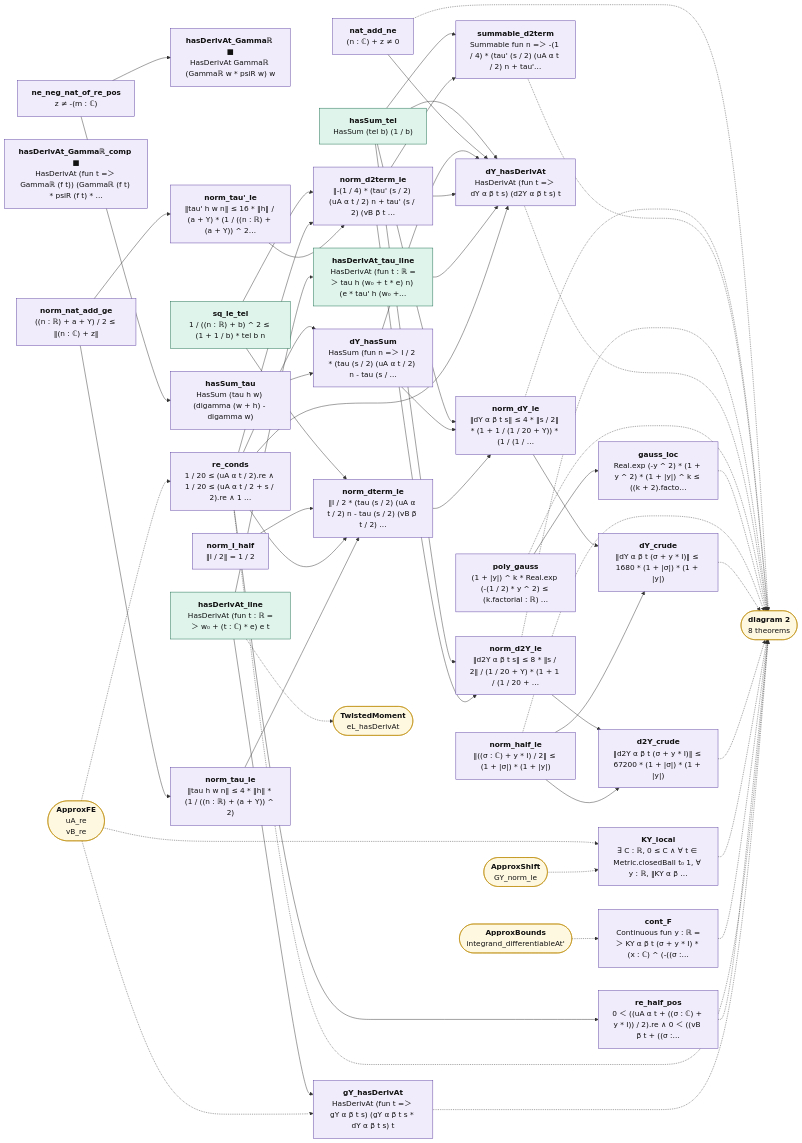
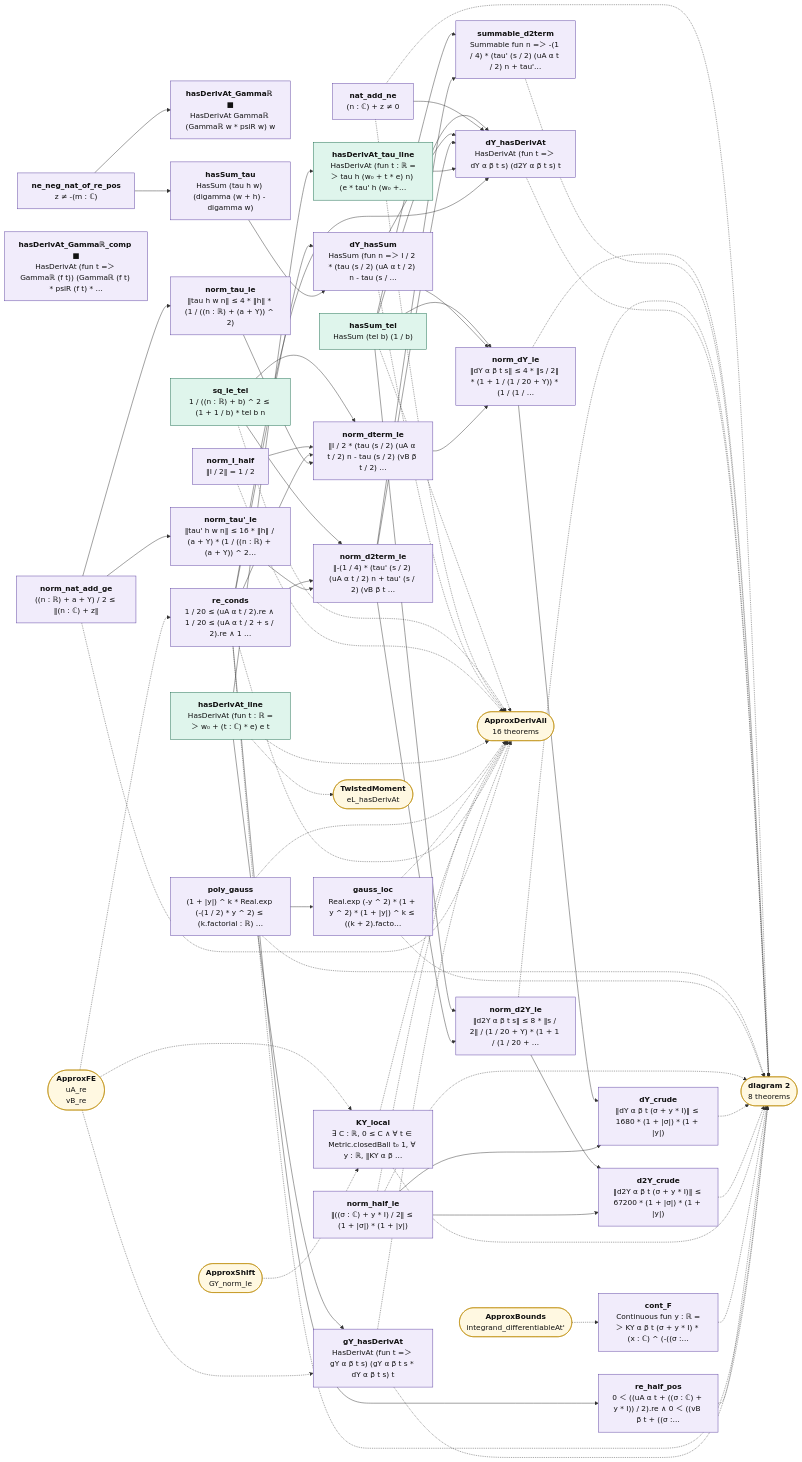
One commit to juliansambranojr/Primebeat_081426 changed the diagram in map/lean_stage3/ApproxDeriv.1.mmd. Above: the diagram before and after it, drawn with Mermaid. The commit also changed 25 other files, not shown here.

```diff
--- a/map/lean_stage3/ApproxDeriv.1.mmd
+++ b/map/lean_stage3/ApproxDeriv.1.mmd
@@ -1,99 +1,113 @@
 flowchart LR
   n0["<b>ne_neg_nat_of_re_pos</b><br/>z ≠ -(m : ℂ)"]:::shp
   n1["<b>hasDerivAt_Gammaℝ ■</b><br/>HasDerivAt Gammaℝ (Gammaℝ w * psiR w) w"]:::shp
   n2["<b>hasDerivAt_line</b><br/>HasDerivAt (fun t : ℝ =＞ w₀ + (t : ℂ) * e) e t"]:::cnt
   n3["<b>hasDerivAt_Gammaℝ_comp ■</b><br/>HasDerivAt (fun t =＞ Gammaℝ (f t)) (Gammaℝ (f t) * psiR (f t) * …"]:::shp
   n4["<b>re_conds</b><br/>1 / 20 ≤ (uA α t / 2).re ∧ 1 / 20 ≤ (uA α t / 2 + s / 2).re ∧ 1 …"]:::shp
   n5["<b>gY_hasDerivAt</b><br/>HasDerivAt (fun t =＞ gY α β t s) (gY α β t s * dY α β t s) t"]:::shp
   n6["<b>hasSum_tau</b><br/>HasSum (tau h w) (digamma (w + h) - digamma w)"]:::shp
   n7["<b>norm_nat_add_ge</b><br/>((n : ℝ) + a + Y) / 2 ≤ ‖(n : ℂ) + z‖"]:::shp
   n8["<b>norm_tau_le</b><br/>‖tau h w n‖ ≤ 4 * ‖h‖ * (1 / ((n : ℝ) + (a + Y)) ^ 2)"]:::shp
   n9["<b>norm_tau'_le</b><br/>‖tau' h w n‖ ≤ 16 * ‖h‖ / (a + Y) * (1 / ((n : ℝ) + (a + Y)) ^ 2…"]:::shp
   n10["<b>hasSum_tel</b><br/>HasSum (tel b) (1 / b)"]:::cnt
   n11["<b>sq_le_tel</b><br/>1 / ((n : ℝ) + b) ^ 2 ≤ (1 + 1 / b) * tel b n"]:::cnt
   n12["<b>nat_add_ne</b><br/>(n : ℂ) + z ≠ 0"]:::shp
   n13["<b>dY_hasSum</b><br/>HasSum (fun n =＞ I / 2 * (tau (s / 2) (uA α t / 2) n - tau (s / …"]:::shp
   n14["<b>norm_I_half</b><br/>‖I / 2‖ = 1 / 2"]:::shp
   n15["<b>norm_dterm_le</b><br/>‖I / 2 * (tau (s / 2) (uA α t / 2) n - tau (s / 2) (vB β t / 2) …"]:::shp
   n16["<b>norm_dY_le</b><br/>‖dY α β t s‖ ≤ 4 * ‖s / 2‖ * (1 + 1 / (1 / 20 + Y)) * (1 / (1 / …"]:::shp
   n17["<b>norm_d2term_le</b><br/>‖-(1 / 4) * (tau' (s / 2) (uA α t / 2) n + tau' (s / 2) (vB β t …"]:::shp
   n18["<b>summable_d2term</b><br/>Summable fun n =＞ -(1 / 4) * (tau' (s / 2) (uA α t / 2) n + tau'…"]:::shp
   n19["<b>norm_d2Y_le</b><br/>‖d2Y α β t s‖ ≤ 8 * ‖s / 2‖ / (1 / 20 + Y) * (1 + 1 / (1 / 20 + …"]:::shp
   n20["<b>hasDerivAt_tau_line</b><br/>HasDerivAt (fun t : ℝ =＞ tau h (w₀ + t * e) n) (e * tau' h (w₀ +…"]:::cnt
   n21["<b>dY_hasDerivAt</b><br/>HasDerivAt (fun t =＞ dY α β t s) (d2Y α β t s) t"]:::shp
   n22["<b>poly_gauss</b><br/>(1 + |y|) ^ k * Real.exp (-(1 / 2) * y ^ 2) ≤ (k.factorial : ℝ) …"]:::shp
   n23["<b>gauss_loc</b><br/>Real.exp (-y ^ 2) * (1 + y ^ 2) * (1 + |y|) ^ k ≤ ((k + 2).facto…"]:::shp
   n24["<b>norm_half_le</b><br/>‖((σ : ℂ) + y * I) / 2‖ ≤ (1 + |σ|) * (1 + |y|)"]:::shp
   n25["<b>dY_crude</b><br/>‖dY α β t (σ + y * I)‖ ≤ 1680 * (1 + |σ|) * (1 + |y|)"]:::shp
   n26["<b>d2Y_crude</b><br/>‖d2Y α β t (σ + y * I)‖ ≤ 67200 * (1 + |σ|) * (1 + |y|)"]:::shp
   n27["<b>KY_local</b><br/>∃ C : ℝ, 0 ≤ C ∧ ∀ t ∈ Metric.closedBall t₀ 1, ∀ y : ℝ, ‖KY α β …"]:::shp
   n28["<b>cont_F</b><br/>Continuous fun y : ℝ =＞ KY α β t (σ + y * I) * (x : ℂ) ^ (-((σ :…"]:::shp
   n29["<b>re_half_pos</b><br/>0 ＜ ((uA α t + ((σ : ℂ) + y * I)) / 2).re ∧ 0 ＜ ((vB β t + ((σ :…"]:::shp
-  x0(["<b>TwistedMoment</b><br/>eL_hasDerivAt"]):::ext
-  x1(["<b>ApproxFE</b><br/>uA_re<br/>vB_re"]):::ext
-  x2(["<b>diagram 2</b><br/>8 theorems"]):::ext
-  x3(["<b>ApproxShift</b><br/>GY_norm_le"]):::ext
-  x4(["<b>ApproxBounds</b><br/>integrand_differentiableAt'"]):::ext
+  x0(["<b>ApproxDerivAll</b><br/>16 theorems"]):::ext
+  x1(["<b>TwistedMoment</b><br/>eL_hasDerivAt"]):::ext
+  x2(["<b>ApproxFE</b><br/>uA_re<br/>vB_re"]):::ext
+  x3(["<b>diagram 2</b><br/>8 theorems"]):::ext
+  x4(["<b>ApproxShift</b><br/>GY_norm_le"]):::ext
+  x5(["<b>ApproxBounds</b><br/>integrand_differentiableAt'"]):::ext
   n0 --> n1
   n0 --> n6
   n10 --> n16
   n10 --> n18
   n10 --> n19
   n10 --> n21
   n11 --> n15
   n11 --> n17
   n12 --> n21
   n13 --> n16
   n13 --> n21
   n14 --> n15
   n15 --> n16
   n16 --> n25
   n17 --> n18
   n17 --> n19
   n17 --> n21
   n19 --> n26
   n2 --> n20
   n2 --> n5
   n20 --> n21
   n22 --> n23
   n24 --> n25
   n24 --> n26
   n4 --> n13
   n4 --> n15
   n4 --> n17
   n4 --> n21
   n4 --> n29
   n6 --> n13
   n7 --> n8
   n7 --> n9
   n8 --> n15
   n9 --> n17
-  n12 -.-> x2
-  n16 -.-> x2
-  n18 -.-> x2
-  n19 -.-> x2
+  n10 -.-> x0
+  n11 -.-> x0
+  n12 -.-> x0
+  n12 -.-> x3
+  n13 -.-> x0
+  n14 -.-> x0
+  n16 -.-> x3
+  n18 -.-> x3
+  n19 -.-> x3
   n2 -.-> x0
-  n21 -.-> x2
-  n22 -.-> x2
-  n23 -.-> x2
-  n24 -.-> x2
-  n25 -.-> x2
-  n26 -.-> x2
-  n27 -.-> x2
-  n28 -.-> x2
-  n29 -.-> x2
-  n4 -.-> x2
-  n5 -.-> x2
-  x1 -.-> n27
-  x1 -.-> n4
-  x1 -.-> n5
-  x3 -.-> n27
-  x4 -.-> n28
+  n2 -.-> x1
+  n21 -.-> x3
+  n22 -.-> x0
+  n22 -.-> x3
+  n23 -.-> x0
+  n23 -.-> x3
+  n24 -.-> x0
+  n24 -.-> x3
+  n25 -.-> x3
+  n26 -.-> x3
+  n27 -.-> x0
+  n27 -.-> x3
+  n28 -.-> x3
+  n29 -.-> x3
+  n4 -.-> x0
+  n4 -.-> x3
+  n5 -.-> x0
+  n5 -.-> x3
+  n7 -.-> x0
+  x2 -.-> n27
+  x2 -.-> n4
+  x2 -.-> n5
+  x4 -.-> n27
+  x5 -.-> n28
   classDef cnt fill:#dff5ec,stroke:#17694a,color:#111
   classDef shp fill:#f1ecfb,stroke:#5b3fa0,color:#111
   classDef rh fill:#ffe5e5,stroke:#c22,color:#111,stroke-width:2px
   classDef thm fill:#eef4ff,stroke:#335,color:#111
   classDef end_ fill:#e7f7e7,stroke:#2a7,color:#111,stroke-width:2px
   classDef lone fill:#fff,stroke:#999,color:#111,stroke-dasharray:4 3
   classDef bad fill:#ffe5e5,stroke:#c22,color:#111,stroke-width:2px
   classDef ext fill:#fff8e1,stroke:#b80,color:#111
```
